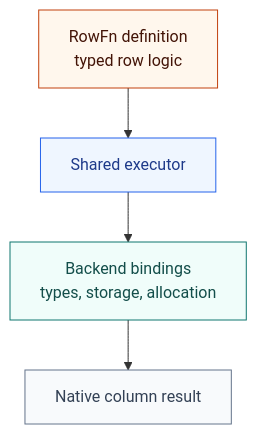
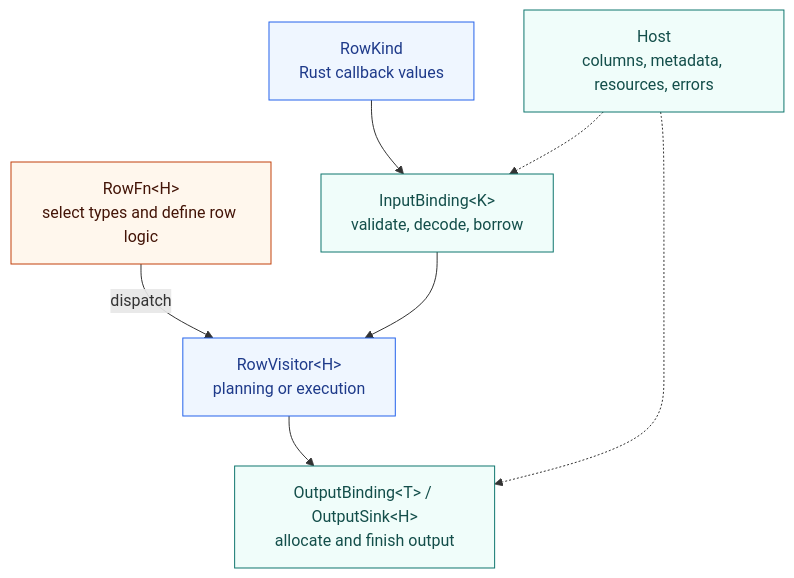
One commit to spiraldb/rowfn changed the diagram in README.md. Above: the diagram before and after it, drawn with Mermaid. The commit also changed other lines of this file and 31 other files, not shown here.

Commit message:
Add DataFusion integration and explain RowFn

````diff
--- a/README.md
+++ b/README.md
@@ -11,14 +70,15 @@
 ```mermaid
 flowchart TB
-    F["RowFn definition<br/>typed row logic"] --> E["Shared executor"]
-    E --> B["Backend bindings<br/>types, storage, allocation"]
-    B --> C["Native column result"]
+    F["RowFn&lt;H&gt;<br/>select types and define row logic"] -->|dispatch| V["RowVisitor&lt;H&gt;<br/>planning or execution"]
+    K["RowKind<br/>Rust callback values"] --> I["InputBinding&lt;K&gt;<br/>validate, decode, borrow"]
+    I --> V
+    V --> O["OutputBinding&lt;T&gt; / OutputSink&lt;H&gt;<br/>allocate and finish output"]
+    H["Host<br/>columns, metadata, resources, errors"] -.-> I
+    H -.-> O
     class F function
-    class E core
-    class B host
-    class C data
+    class K,V core
+    class H,I,O backend
     classDef function fill:#fff7ed,stroke:#c2410c,color:#431407
     classDef core fill:#eff6ff,stroke:#2563eb,color:#1e3a8a
-    classDef host fill:#f0fdfa,stroke:#0f766e,color:#134e4a
-    classDef data fill:#f8fafc,stroke:#64748b,color:#334155
+    classDef backend fill:#f0fdfa,stroke:#0f766e,color:#134e4a
 ```
````
